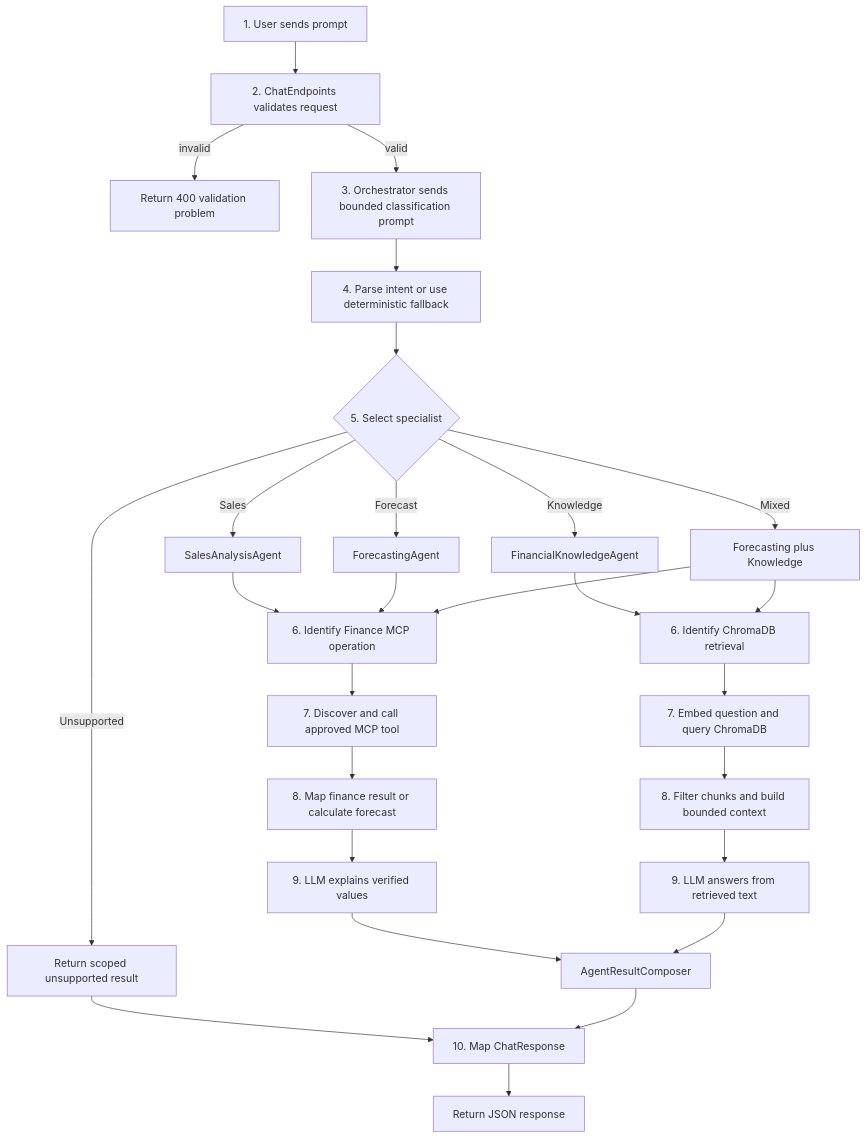
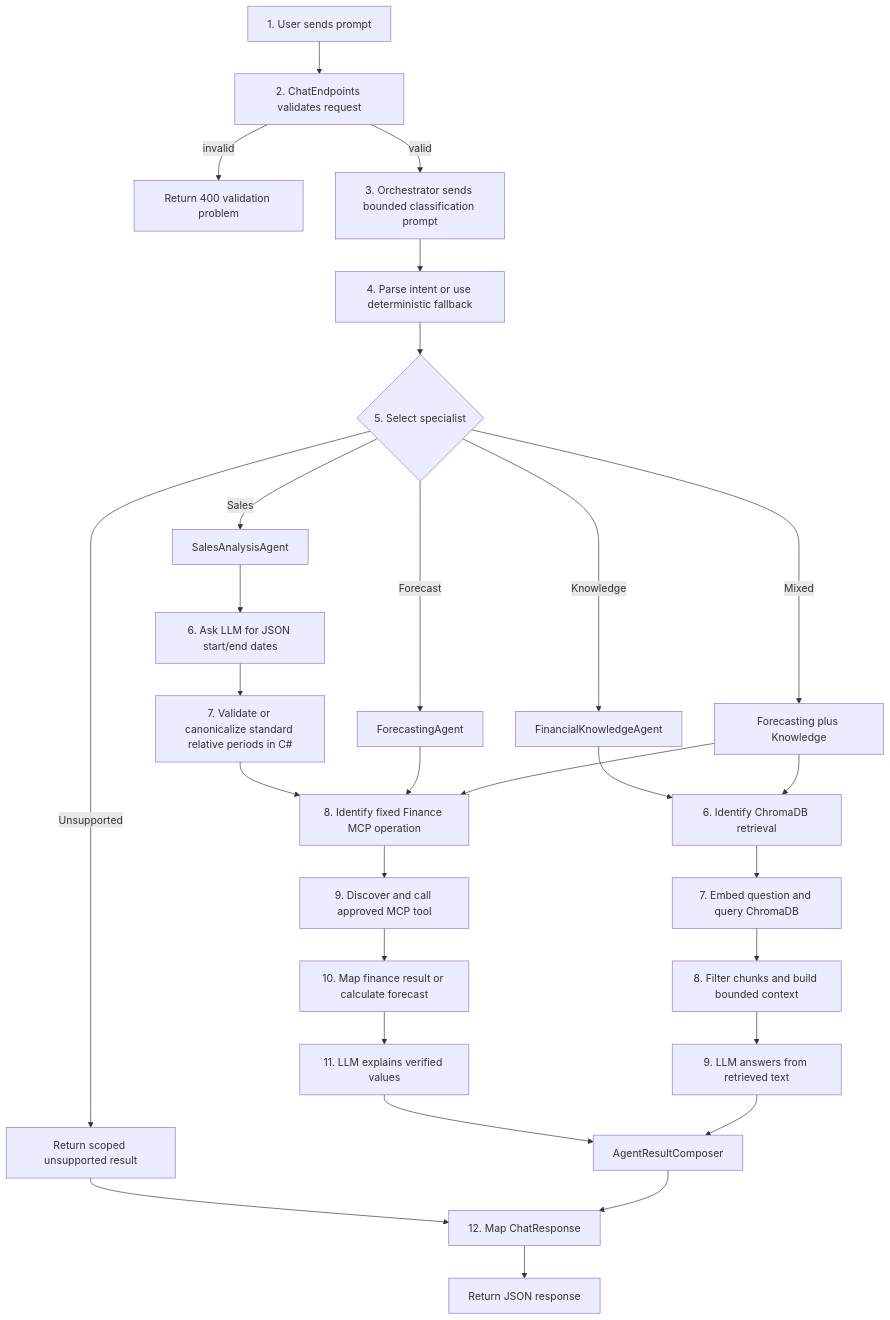
The third of 13 diagrams in APPLICATION_ARCHITECTURE.md (prabodharandima/ai_agent_cfo), drawn with Mermaid before and after one commit. The commit also changed other lines of this file and 10 other files, not shown here.

````diff
--- a/APPLICATION_ARCHITECTURE.md
+++ b/APPLICATION_ARCHITECTURE.md
@@ -214,33 +214,35 @@
 ```mermaid
 flowchart TD
     A[1. User sends prompt] --> B[2. ChatEndpoints validates request]
     B -->|invalid| X[Return 400 validation problem]
     B -->|valid| C[3. Orchestrator sends bounded classification prompt]
     C --> D[4. Parse intent or use deterministic fallback]
     D --> E{5. Select specialist}
 
     E -->|Sales| F[SalesAnalysisAgent]
     E -->|Forecast| G[ForecastingAgent]
     E -->|Knowledge| H[FinancialKnowledgeAgent]
     E -->|Mixed| I[Forecasting plus Knowledge]
     E -->|Unsupported| U[Return scoped unsupported result]
 
-    F --> J[6. Identify Finance MCP operation]
+    F --> DatePrompt[6. Ask LLM for JSON start/end dates]
+    DatePrompt --> DateValidation[7. Validate or canonicalize standard relative periods in C#]
+    DateValidation --> J[8. Identify fixed Finance MCP operation]
     G --> J
     H --> K[6. Identify ChromaDB retrieval]
     I --> J
     I --> K
 
-    J --> L[7. Discover and call approved MCP tool]
+    J --> L[9. Discover and call approved MCP tool]
     K --> M[7. Embed question and query ChromaDB]
 
-    L --> N[8. Map finance result or calculate forecast]
+    L --> N[10. Map finance result or calculate forecast]
     M --> O[8. Filter chunks and build bounded context]
-    N --> P[9. LLM explains verified values]
+    N --> P[11. LLM explains verified values]
     O --> Q[9. LLM answers from retrieved text]
     P --> R[AgentResultComposer]
     Q --> R
-    U --> S[10. Map ChatResponse]
+    U --> S[12. Map ChatResponse]
     R --> S
     S --> T[Return JSON response]
 ```
````
